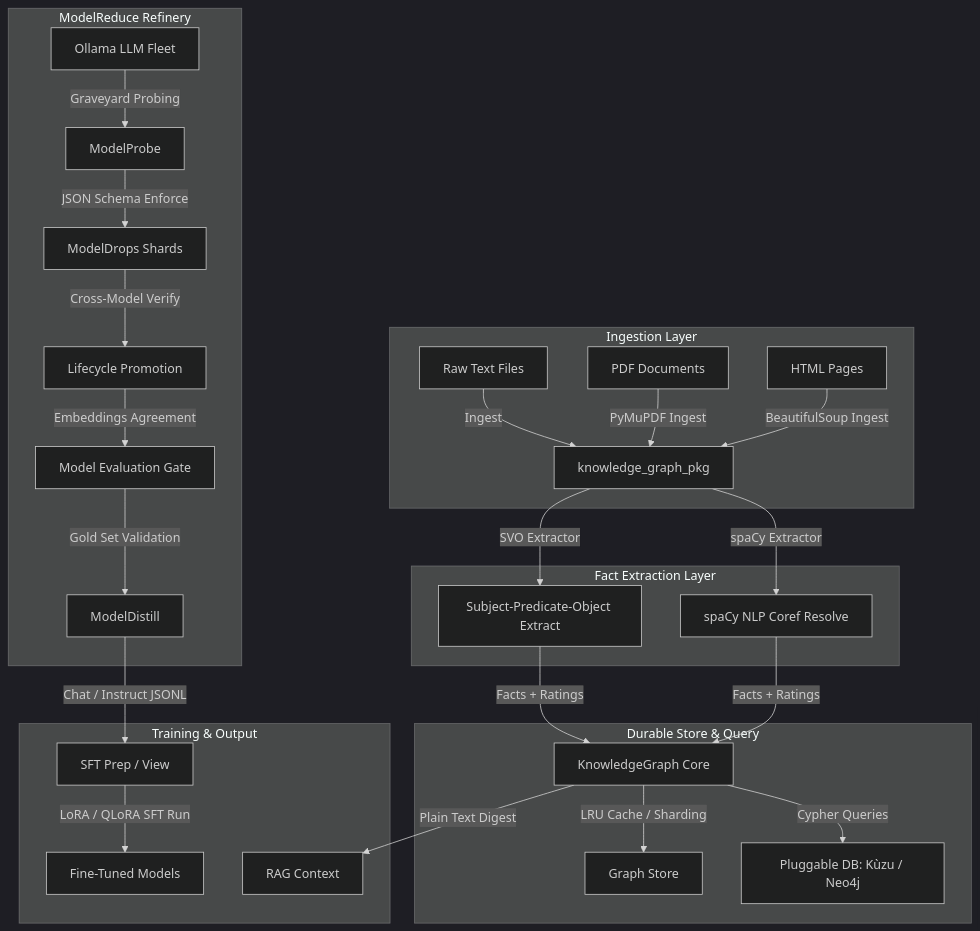
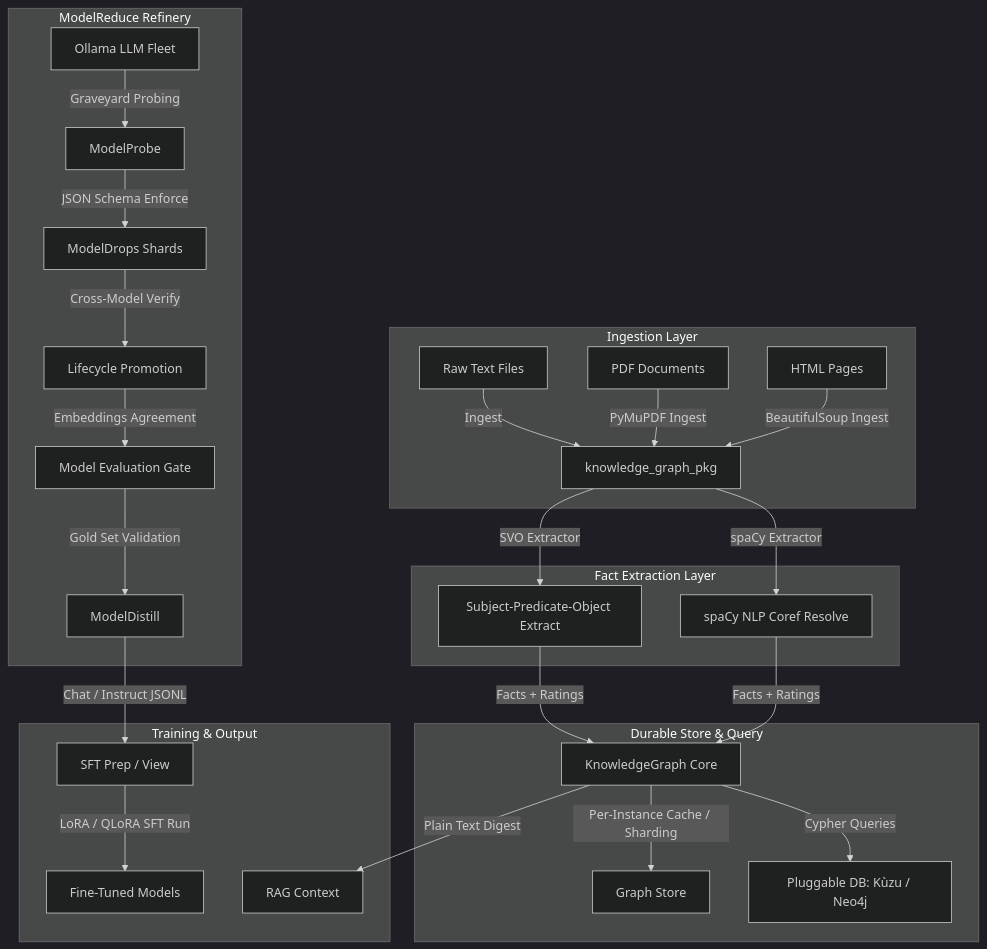
Before and after one commit to nelslindahlx/knowledge-reduce-core: the diagram in ARCHITECTURE.md, drawn with Mermaid (dark theme). The commit also changed other lines of this file and 17 other files, not shown here.

````diff
--- a/ARCHITECTURE.md
+++ b/ARCHITECTURE.md
@@ -11,34 +11,34 @@
 ```mermaid
 graph TD
     subgraph Ingestion [Ingestion Layer]
         TXT[Raw Text Files] -->|Ingest| Core[knowledge_graph_pkg]
         PDF[PDF Documents] -->|PyMuPDF Ingest| Core
         HTML[HTML Pages] -->|BeautifulSoup Ingest| Core
     end
 
     subgraph Extraction [Fact Extraction Layer]
         Core -->|SVO Extractor| SVO[Subject-Predicate-Object Extract]
         Core -->|spaCy Extractor| NLP[spaCy NLP Coref Resolve]
     end
 
     subgraph KnowledgeGraph [Durable Store & Query]
         SVO -->|Facts + Ratings| Graph[KnowledgeGraph Core]
         NLP -->|Facts + Ratings| Graph
-        Graph -->|LRU Cache / Sharding| Cache[Graph Store]
+        Graph -->|Per-Instance Cache / Sharding| Cache[Graph Store]
         Graph -->|Cypher Queries| DB[Pluggable DB: Kùzu / Neo4j]
     end
 
     subgraph ModelReduce [ModelReduce Refinery]
         Fleet[Ollama LLM Fleet] -->|Graveyard Probing| Probe[ModelProbe]
         Probe -->|JSON Schema Enforce| Drop[ModelDrops Shards]
         Drop -->|Cross-Model Verify| Promote[Lifecycle Promotion]
         Promote -->|Embeddings Agreement| Eval[Model Evaluation Gate]
         Eval -->|Gold Set Validation| Distill[ModelDistill]
     end
 
     subgraph Downstream [Training & Output]
         Distill -->|Chat / Instruct JSONL| SFT[SFT Prep / View]
         SFT -->|LoRA / QLoRA SFT Run| Train[Fine-Tuned Models]
         Graph -->|Plain Text Digest| RAG[RAG Context]
     end
 ```
````
